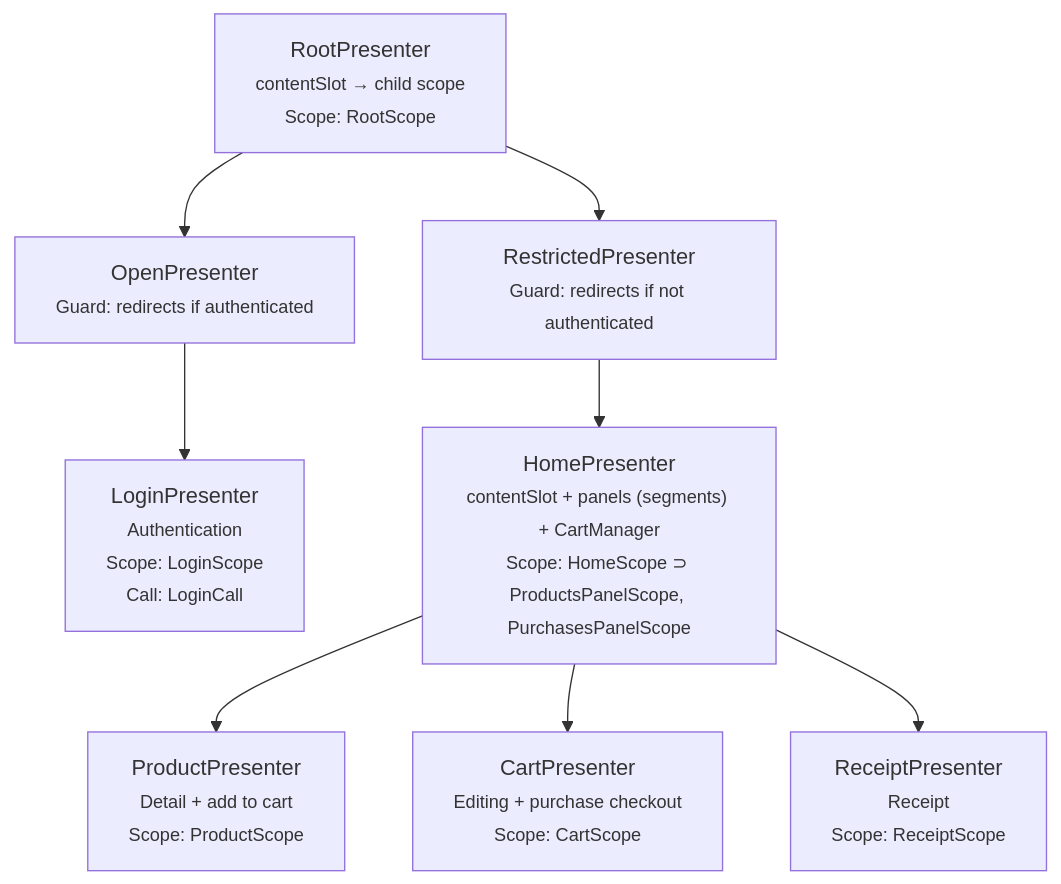
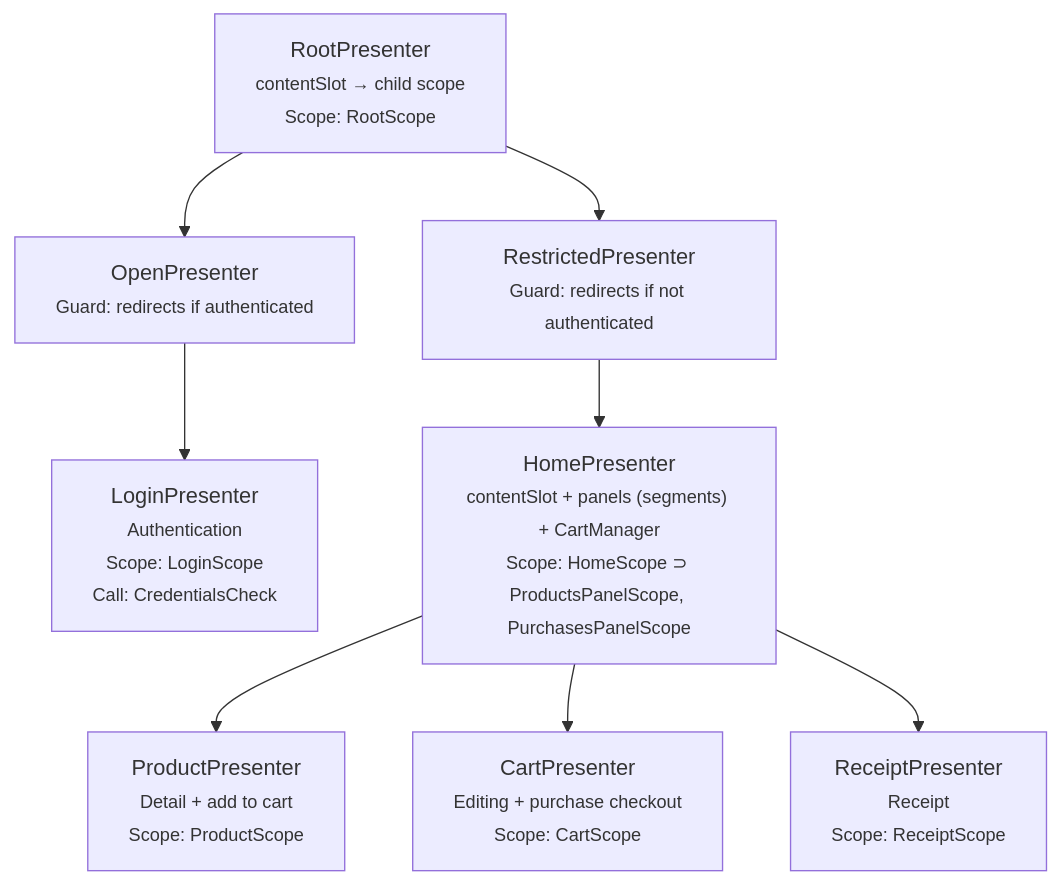
One commit to mrcdom/wdc-cube-java-v2 changed the third of 4 diagrams in fontes/br.com.wdc.store/br.com.wdc.store.presentation/README.md. Above: the diagram before and after it, drawn with Mermaid. The commit also changed other lines of this file and 7 other files, not shown here.

Commit message:
🧹 [CHORE] LoginCall becomes CredentialsCheck; no generic Call suffix

````diff
--- a/fontes/br.com.wdc.store/br.com.wdc.store.presentation/README.md
+++ b/fontes/br.com.wdc.store/br.com.wdc.store.presentation/README.md
@@ -106,15 +106,15 @@
 ```mermaid
 graph TD
     RootP["RootPresenter<br/><small>contentSlot → child scope<br/>Scope: RootScope</small>"]
 
     RootP --> OpenP["OpenPresenter<br/><small>Guard: redirects if authenticated</small>"]
     RootP --> RestrictedP["RestrictedPresenter<br/><small>Guard: redirects if not authenticated</small>"]
 
-    OpenP --> LoginP["LoginPresenter<br/><small>Authentication<br/>Scope: LoginScope<br/>Call: LoginCall</small>"]
+    OpenP --> LoginP["LoginPresenter<br/><small>Authentication<br/>Scope: LoginScope<br/>Call: CredentialsCheck</small>"]
 
     RestrictedP --> HomeP["HomePresenter<br/><small>contentSlot + panels (segments) + CartManager<br/>Scope: HomeScope ⊃ ProductsPanelScope, PurchasesPanelScope</small>"]
 
     HomeP --> ProductP["ProductPresenter<br/><small>Detail + add to cart<br/>Scope: ProductScope</small>"]
     HomeP --> CartP["CartPresenter<br/><small>Editing + purchase checkout<br/>Scope: CartScope</small>"]
     HomeP --> ReceiptP["ReceiptPresenter<br/><small>Receipt<br/>Scope: ReceiptScope</small>"]
 ```
````
